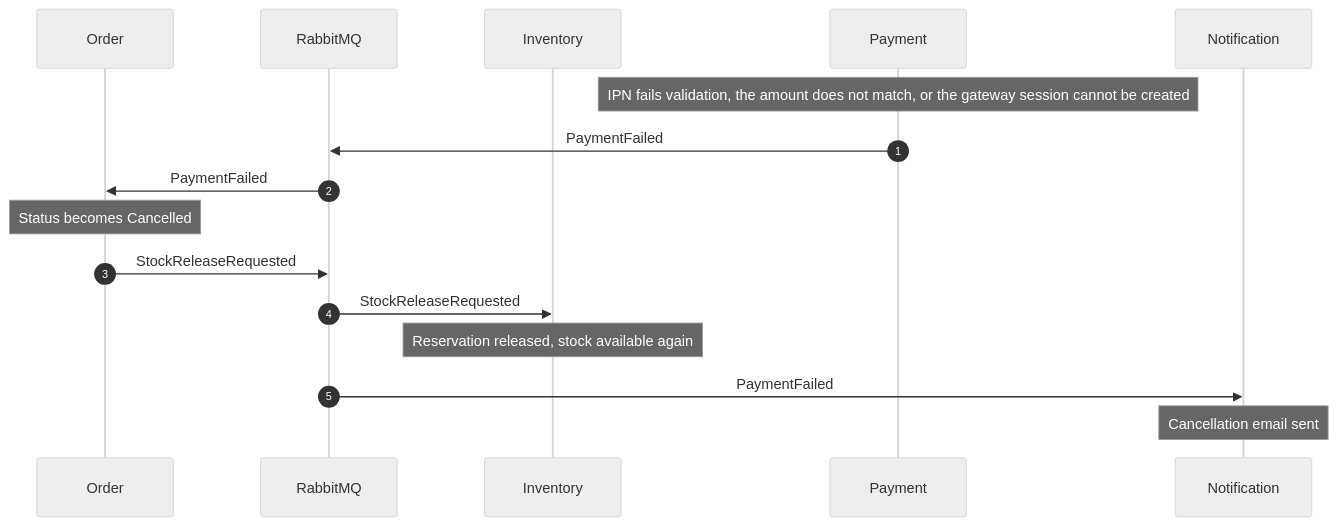
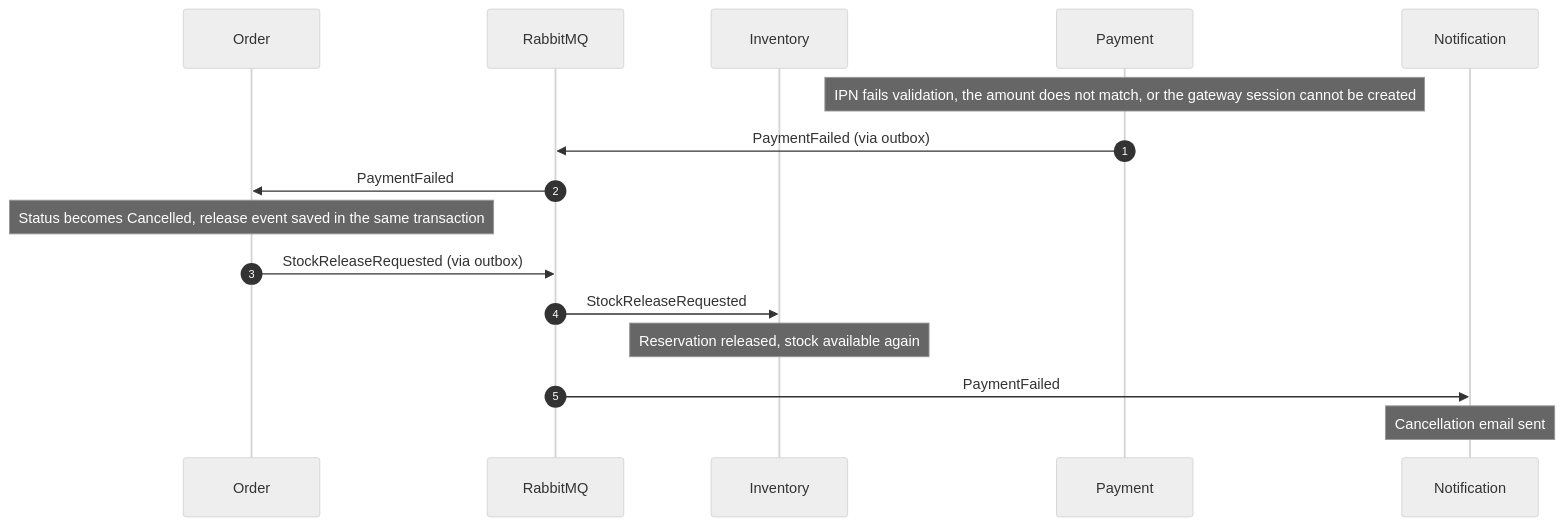
The fifth of 8 diagrams in README.md (tusar-molla/ecommerce-microservices), drawn with Mermaid (neutral theme) before and after one commit. The commit also changed other lines of this file, not shown here.

````diff
--- a/README.md
+++ b/README.md
@@ -205,19 +209,19 @@
 ```mermaid
 sequenceDiagram
     autonumber
     participant O as Order
     participant MQ as RabbitMQ
     participant I as Inventory
     participant P as Payment
     participant N as Notification
 
     Note over P: IPN fails validation, the amount does not match, or the gateway session cannot be created
-    P->>MQ: PaymentFailed
+    P->>MQ: PaymentFailed (via outbox)
     MQ->>O: PaymentFailed
-    Note over O: Status becomes Cancelled
-    O->>MQ: StockReleaseRequested
+    Note over O: Status becomes Cancelled, release event saved in the same transaction
+    O->>MQ: StockReleaseRequested (via outbox)
     MQ->>I: StockReleaseRequested
     Note over I: Reservation released, stock available again
     MQ->>N: PaymentFailed
     Note over N: Cancellation email sent
 ```
````
